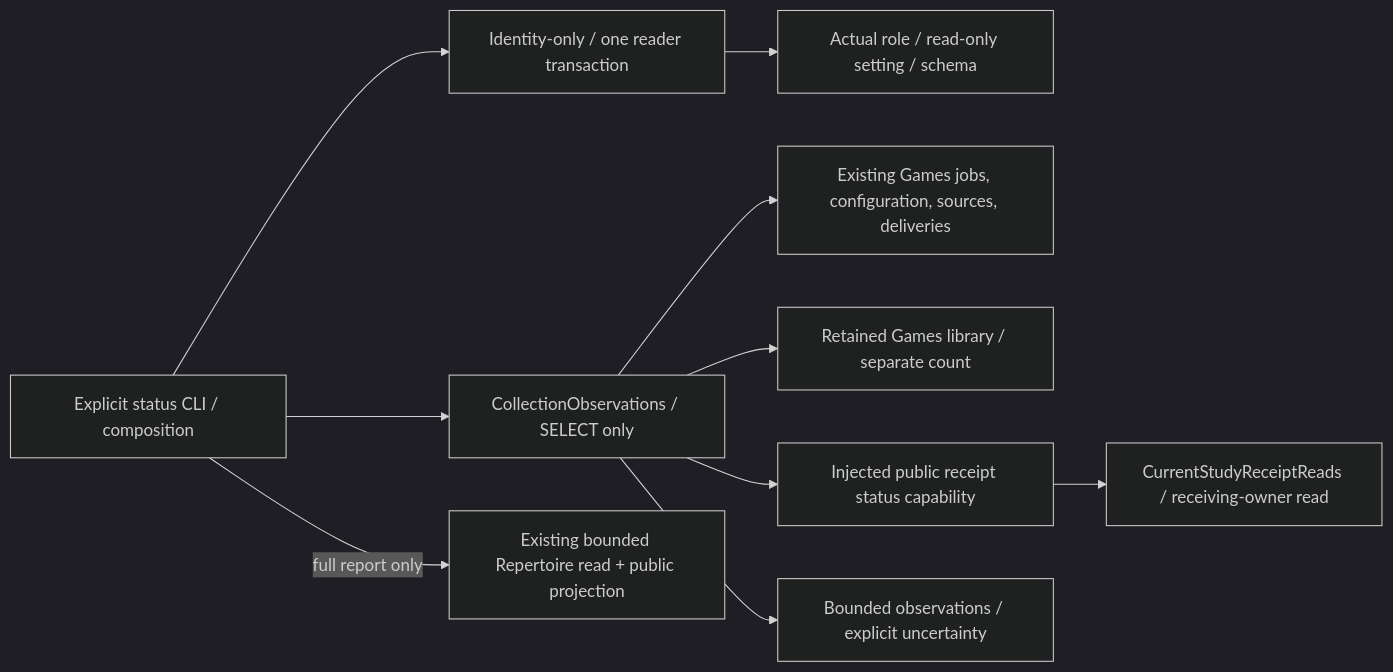
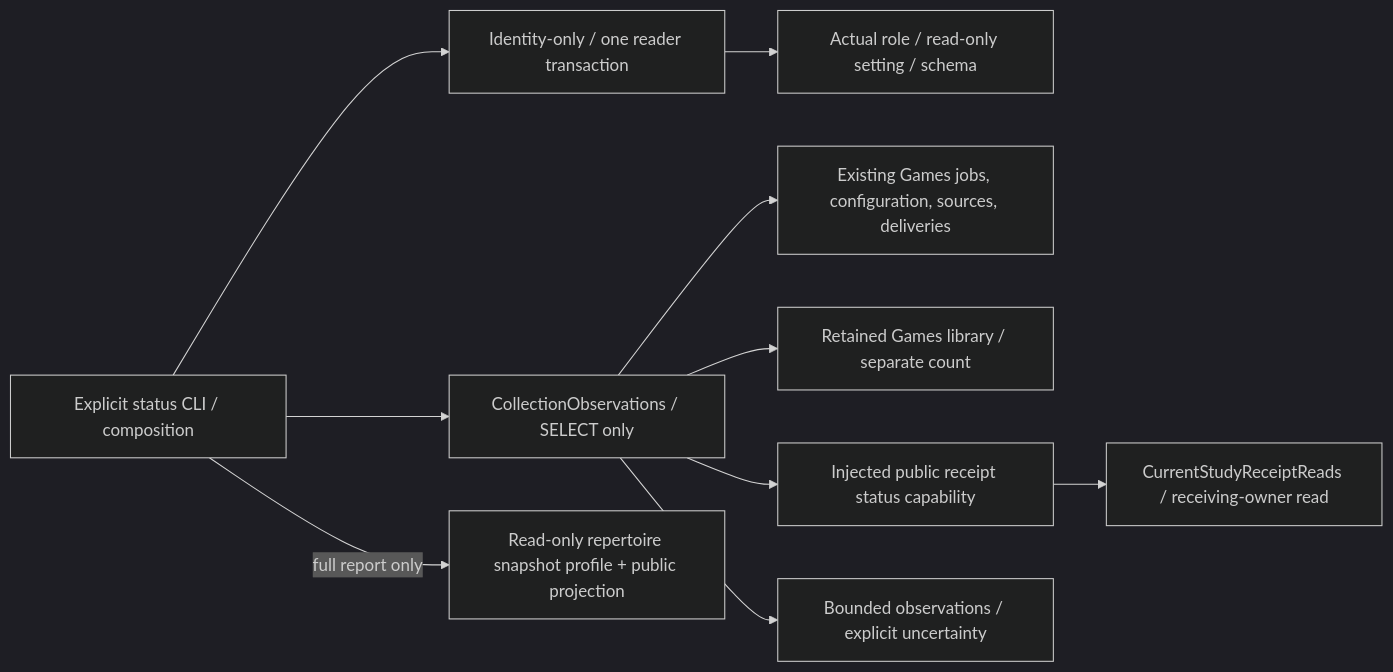
Before and after one commit to aaweaver-actuary/tempo: the second of 2 diagrams in database/tempo_legacy_database/adapters/games/product_review/README.md, drawn with Mermaid (dark theme). The commit also changed other lines of this file and 16 other files, not shown here.

Commit message:
fix(games): let repertoire snapshot reads complete

````diff
--- a/database/tempo_legacy_database/adapters/games/product_review/README.md
+++ b/database/tempo_legacy_database/adapters/games/product_review/README.md
@@ -189,12 +194,12 @@
 ```mermaid
 flowchart LR
   CLI["Explicit status CLI / composition"] --> Reader["CollectionObservations / SELECT only"]
   CLI --> Identity["Identity-only / one reader transaction"]
   Identity --> Schema["Actual role / read-only setting / schema"]
   Reader --> Games["Existing Games jobs, configuration, sources, deliveries"]
   Reader --> Legacy["Retained Games library / separate count"]
-  CLI -->|full report only| Repertoire["Existing bounded Repertoire read + public projection"]
+  CLI -->|full report only| Repertoire["Read-only repertoire snapshot profile + public projection"]
   Reader --> Port["Injected public receipt status capability"]
   Port --> Receipt["CurrentStudyReceiptReads / receiving-owner read"]
   Reader --> JSON["Bounded observations / explicit uncertainty"]
 ```
````
